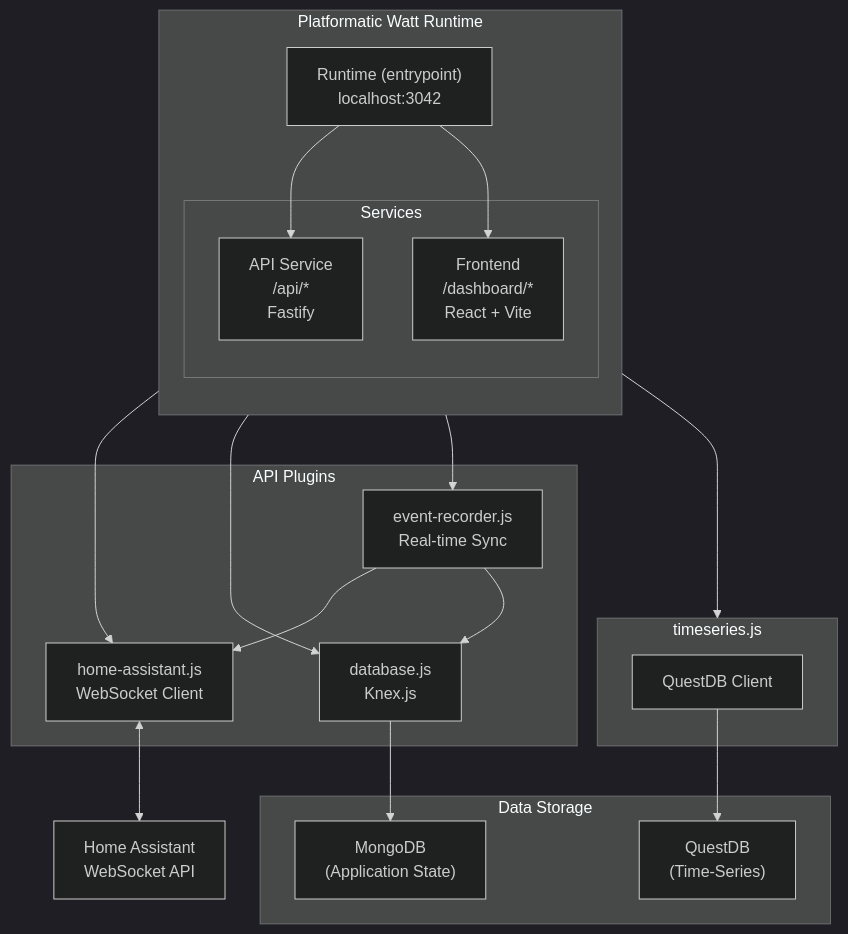
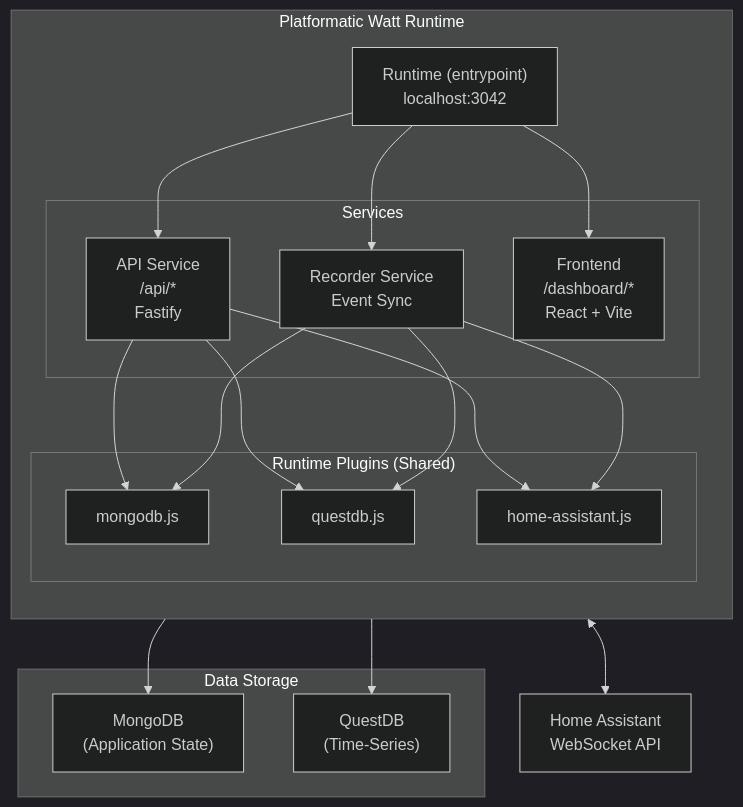
The first of 4 diagrams in specs/energy-dashboard-spec.md (teknologist/ha-energy-analytics), drawn with Mermaid (dark theme) before and after one commit. The commit also changed other lines of this file and 4 other files, not shown here.

````diff
--- a/specs/energy-dashboard-spec.md
+++ b/specs/energy-dashboard-spec.md
@@ -25,45 +25,43 @@
 ```mermaid
 flowchart TB
     subgraph Watt["Platformatic Watt Runtime"]
         direction TB
         Runtime["Runtime (entrypoint)<br/>localhost:3042"]
 
+        subgraph RuntimePlugins["Runtime Plugins (Shared)"]
+            Mongo["mongodb.js"]
+            QDB["questdb.js"]
+            HA["home-assistant.js"]
+        end
+
         subgraph Services["Services"]
             API["API Service<br/>/api/*<br/>Fastify"]
+            Recorder["Recorder Service<br/>Event Sync"]
             Frontend["Frontend<br/>/dashboard/*<br/>React + Vite"]
         end
 
         Runtime --> API
+        Runtime --> Recorder
         Runtime --> Frontend
     end
 
-    subgraph Plugins["API Plugins"]
-        HA["home-assistant.js<br/>WebSocket Client"]
-        DB["database.js<br/>Knex.js"]
-        Recorder["event-recorder.js<br/>Real-time Sync"]
-    end
+    API --> Mongo
+    API --> QDB
+    API --> HA
 
-    API --> HA
-    API --> DB
-    API --> Recorder
+    Recorder --> Mongo
+    Recorder --> QDB
+    Recorder --> HA
 
     subgraph Storage["Data Storage"]
         MongoDB["MongoDB<br/>(Application State)"]
         QuestDB["QuestDB<br/>(Time-Series)"]
     end
 
-    DB --> MongoDB
-
-    subgraph TimeSeriesPlugin["timeseries.js"]
-        QDB["QuestDB Client"]
-    end
-
-    API --> TimeSeriesPlugin
+    Mongo --> MongoDB
     QDB --> QuestDB
 
     HomeAssistant["Home Assistant<br/>WebSocket API"]
 
     HA <--> HomeAssistant
-    Recorder --> HA
-    Recorder --> DB
 ```
````
